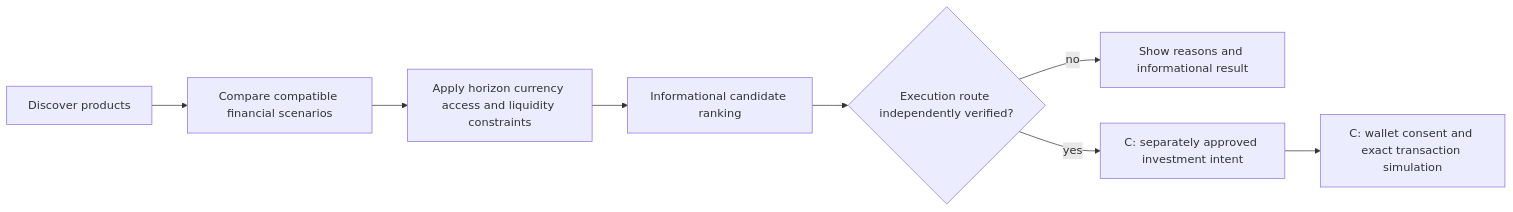
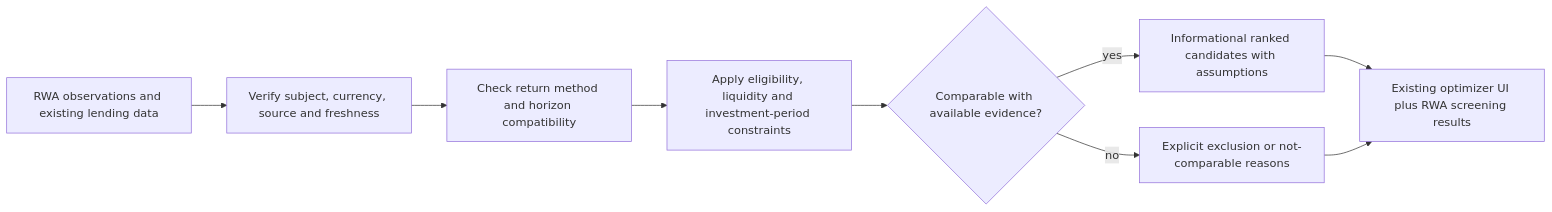
The tenth of 21 diagrams in docs/rwa-integration-architecture/TECHNICAL_ARCHITECTURE.md (lendwise-fi/lendwise), drawn with Mermaid before and after one commit. The commit also changed other lines of this file and 2 other files, not shown here.

Commit message:
docs: detail the complete RWA integration architecture

````diff
--- a/docs/rwa-integration-architecture/TECHNICAL_ARCHITECTURE.md
+++ b/docs/rwa-integration-architecture/TECHNICAL_ARCHITECTURE.md
@@ -542,10 +506,11 @@
 ```mermaid
 flowchart LR
-  Discover["Discover products"] --> Compare["Compare compatible financial scenarios"]
-  Compare --> Constraints["Apply horizon currency access and liquidity constraints"]
-  Constraints --> Recommend["Informational candidate ranking"]
-  Recommend --> Feasible{Execution route independently verified?}
-  Feasible -->|no| Explain["Show reasons and informational result"]
-  Feasible -->|yes| Intent["C: separately approved investment intent"]
-  Intent --> Sign["C: wallet consent and exact transaction simulation"]
+  Inputs["RWA observations and existing lending data"] --> Identity["Verify subject, currency, source and freshness"]
+  Identity --> Financial["Check return method and horizon compatibility"]
+  Financial --> Access["Apply eligibility, liquidity and investment-period constraints"]
+  Access --> Decision{Comparable with available evidence?}
+  Decision -->|yes| Candidates["Informational ranked candidates with assumptions"]
+  Decision -->|no| Explain["Explicit exclusion or not-comparable reasons"]
+  Candidates --> UI["Existing optimizer UI plus RWA screening results"]
+  Explain --> UI
 ```
````
